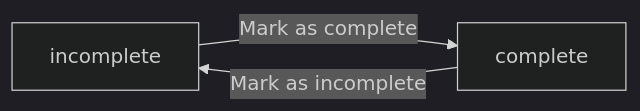
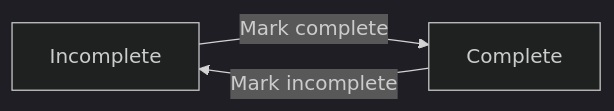
One commit to wrtnlabs/autobe-examples changed the sixth of 8 diagrams in openai/gpt-5.4-mini/todo/docs/analysis/02-domain-model.md. Above: the diagram before and after it, drawn with Mermaid (dark theme). The commit also changed other lines of this file and 6645 other files, not shown here.

````diff
--- a/openai/gpt-5.4-mini/todo/docs/analysis/02-domain-model.md
+++ b/openai/gpt-5.4-mini/todo/docs/analysis/02-domain-model.md
@@ -357,5 +237,5 @@
 ```mermaid
 flowchart LR
-    A["incomplete"] -->|"Mark as complete"| B["complete"]
-    B -->|"Mark as incomplete"| A
+    A["Incomplete"] -->|"Mark complete"| B["Complete"]
+    B -->|"Mark incomplete"| A
 ```
````
